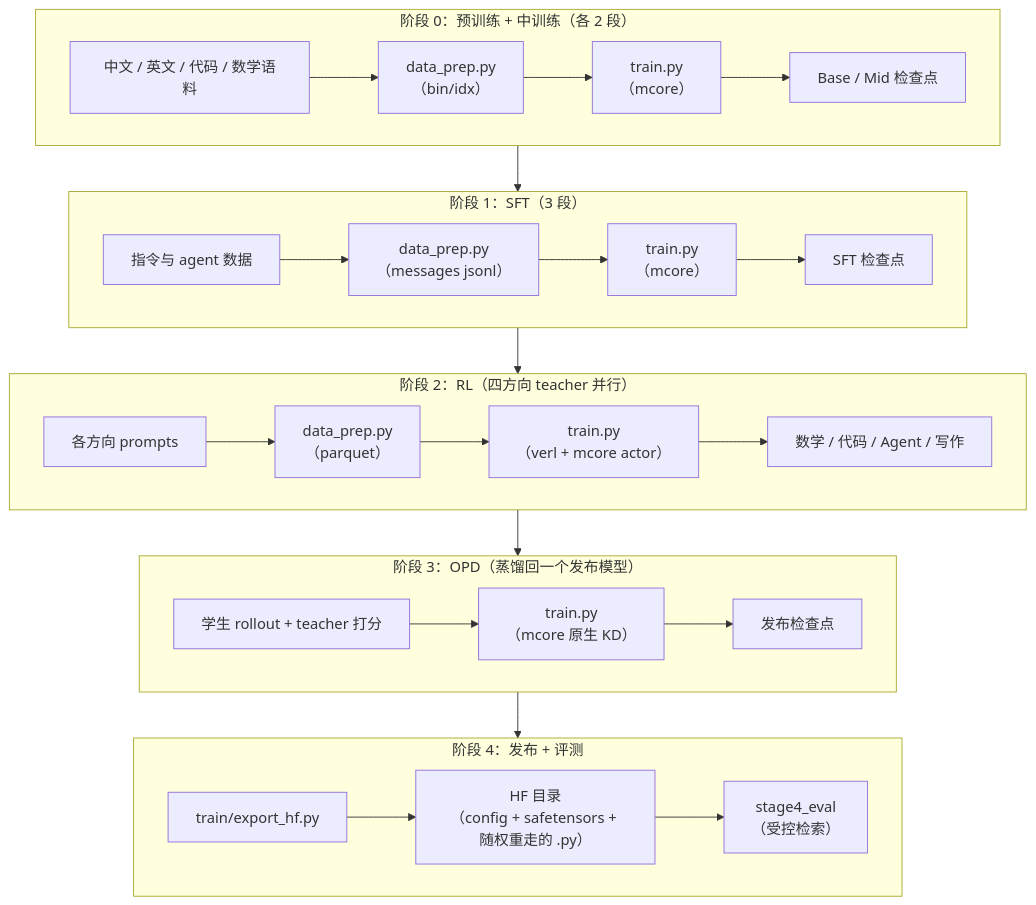
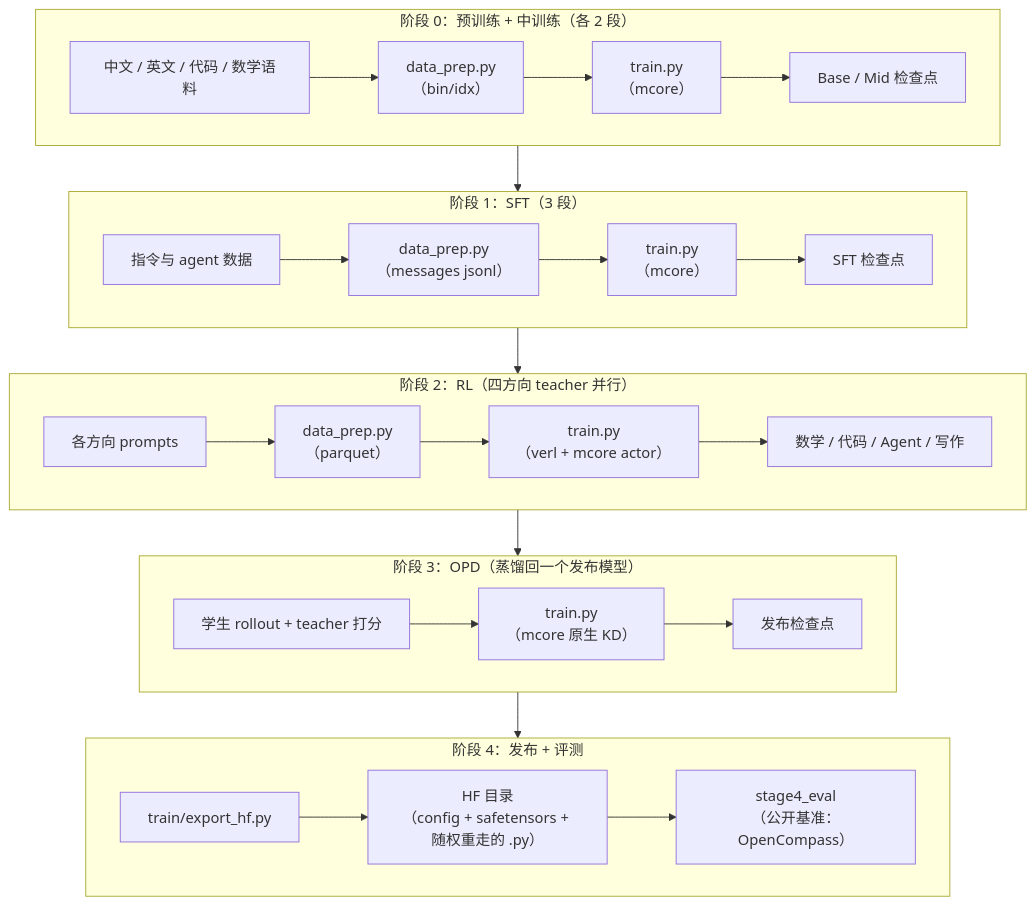
One commit to zongzhilou/shensi changed the first of 2 diagrams in src/shensi/recipes/paper/gated_delta_attn_res/README.md. Above: the diagram before and after it, drawn with Mermaid. The commit also changed other lines of this file and 21 other files, not shown here.

First line of the commit message:
gdar 的 eval 同步 looma 的 OpenCompass 栈

````diff
--- a/src/shensi/recipes/paper/gated_delta_attn_res/README.md
+++ b/src/shensi/recipes/paper/gated_delta_attn_res/README.md
@@ -48,32 +48,32 @@
 ```mermaid
 flowchart TB
     subgraph stage0["阶段 0：预训练 + 中训练（各 2 段）"]
         direction LR
         raw["中文 / 英文 / 代码 / 数学语料"] --> dp0["data_prep.py<br/>（bin/idx）"] --> train0["train.py<br/>（mcore）"] --> base["Base / Mid 检查点"]
     end
 
     subgraph stage1["阶段 1：SFT（3 段）"]
         direction LR
         sft["指令与 agent 数据"] --> dp1["data_prep.py<br/>（messages jsonl）"] --> train1["train.py<br/>（mcore）"] --> sftm["SFT 检查点"]
     end
 
     subgraph stage2["阶段 2：RL（四方向 teacher 并行）"]
         direction LR
         rl["各方向 prompts"] --> dp2["data_prep.py<br/>（parquet）"] --> train2["train.py<br/>（verl + mcore actor）"] --> teachers["数学 / 代码 / Agent / 写作"]
     end
 
     subgraph stage3["阶段 3：OPD（蒸馏回一个发布模型）"]
         direction LR
         opd["学生 rollout + teacher 打分"] --> train3["train.py<br/>（mcore 原生 KD）"] --> release["发布检查点"]
     end
 
     subgraph stage4["阶段 4：发布 + 评测"]
         direction LR
-        pub["train/export_hf.py"] --> hf["HF 目录<br/>（config + safetensors + 随权重走的 .py）"] --> ev["stage4_eval<br/>（受控检索）"]
+        pub["train/export_hf.py"] --> hf["HF 目录<br/>（config + safetensors + 随权重走的 .py）"] --> ev["stage4_eval<br/>（公开基准：OpenCompass）"]
     end
 
     base --> dp1
     sftm --> dp2
     teachers --> opd
     release --> pub
 ```
````
